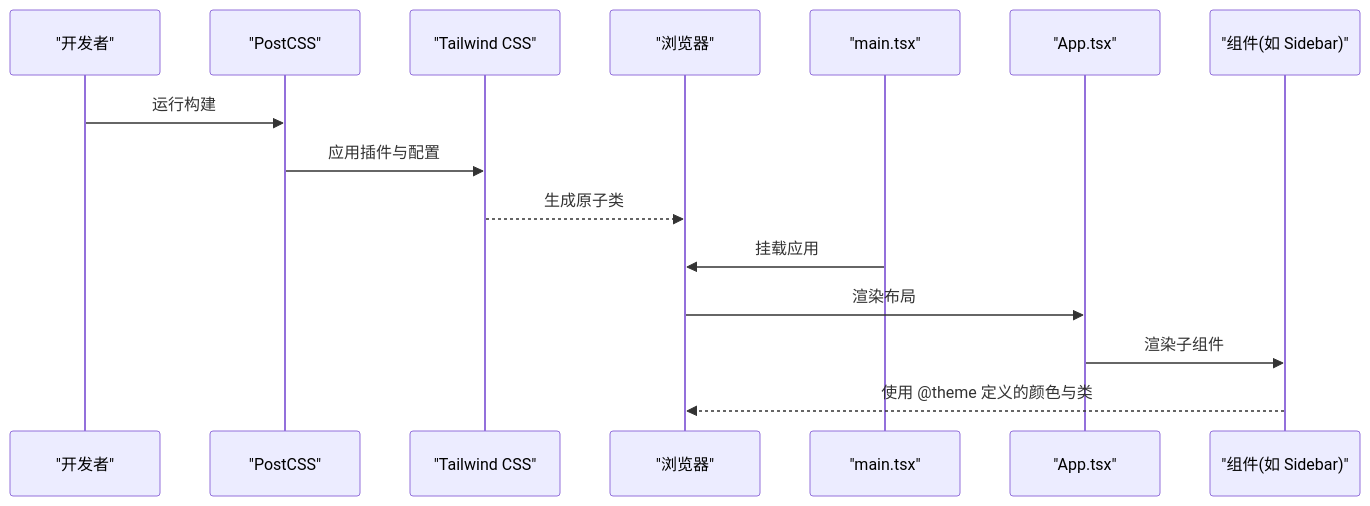
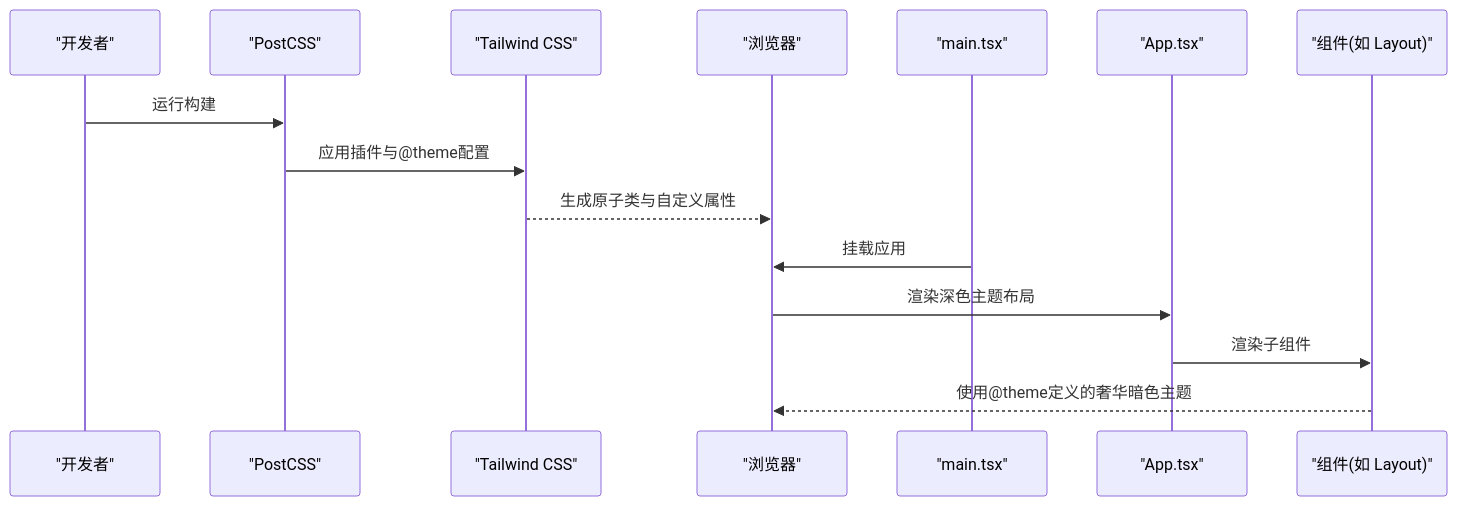
Before and after one commit to xianjianshenqu/SalesFlow-CRM: the second of 6 diagrams in .qoder/repowiki/zh/content/UI_UX设计/设计系统.md, drawn with Mermaid. The commit also changed other lines of this file and 9 other files, not shown here.

````diff
--- a/.qoder/repowiki/zh/content/UI_UX设计/设计系统.md
+++ b/.qoder/repowiki/zh/content/UI_UX设计/设计系统.md
@@ -97,17 +103,17 @@
 ```mermaid
 sequenceDiagram
 participant Dev as "开发者"
 participant PostCSS as "PostCSS"
 participant Tailwind as "Tailwind CSS"
 participant Browser as "浏览器"
 participant Root as "main.tsx"
 participant App as "App.tsx"
-participant Comp as "组件(如 Sidebar)"
+participant Comp as "组件(如 Layout)"
 Dev->>PostCSS : 运行构建
-PostCSS->>Tailwind : 应用插件与配置
-Tailwind-->>Browser : 生成原子类
+PostCSS->>Tailwind : 应用插件与@theme配置
+Tailwind-->>Browser : 生成原子类与自定义属性
 Root->>Browser : 挂载应用
-Browser->>App : 渲染布局
+Browser->>App : 渲染深色主题布局
 App->>Comp : 渲染子组件
-Comp-->>Browser : 使用 @theme 定义的颜色与类
+Comp-->>Browser : 使用@theme定义的奢华暗色主题
 ```
````
